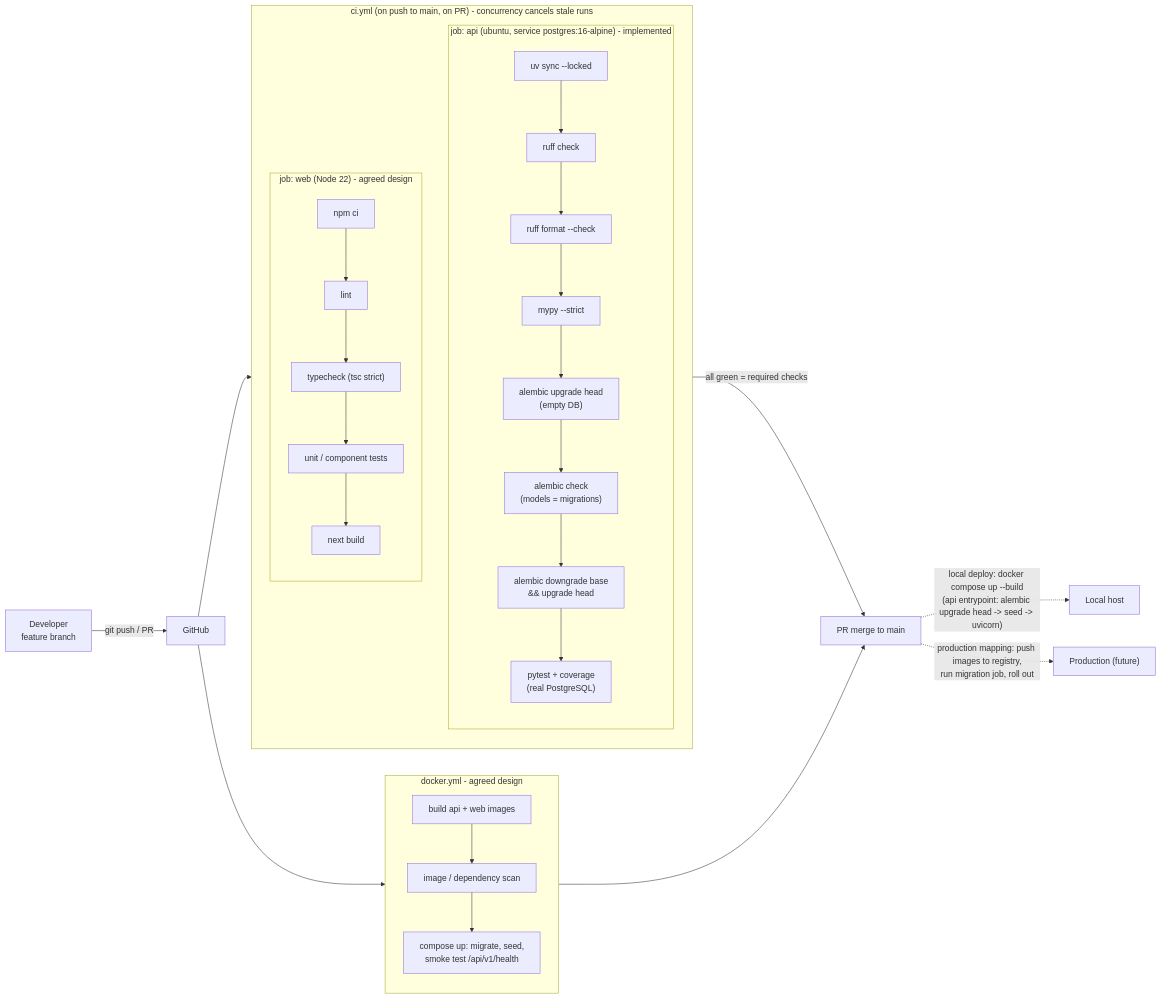
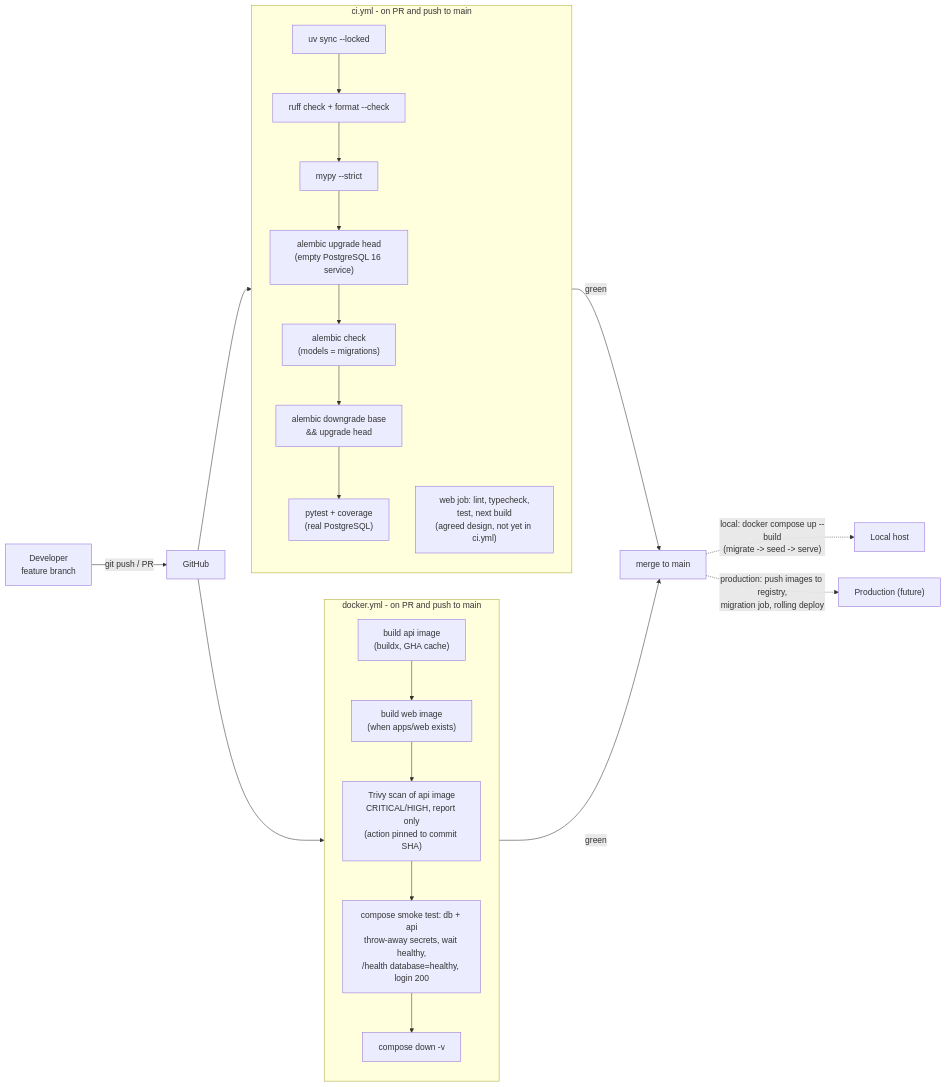
One commit to vijaytectra/finpilot changed the diagram in docs/architecture/diagrams/cicd.mmd. Above: the diagram before and after it, drawn with Mermaid. The commit also changed 9 other files, not shown here.

First line of the commit message:
docs(arch): update diagrams for the containerised stack and MALFORMED_ROW

```diff
--- a/docs/architecture/diagrams/cicd.mmd
+++ b/docs/architecture/diagrams/cicd.mmd
@@ -1,28 +1,23 @@
 flowchart LR
     dev["Developer<br/>feature branch"] -- "git push / PR" --> gh["GitHub"]
 
-    subgraph ci["ci.yml (on push to main, on PR) - concurrency cancels stale runs"]
+    subgraph ci["ci.yml - on PR and push to main"]
         direction TB
-        subgraph apijob["job: api (ubuntu, service postgres:16-alpine) - implemented"]
-            direction TB
-            a1["uv sync --locked"] --> a2["ruff check"] --> a3["ruff format --check"] --> a4["mypy --strict"]
-            a4 --> a5["alembic upgrade head<br/>(empty DB)"] --> a6["alembic check<br/>(models = migrations)"]
-            a6 --> a7["alembic downgrade base<br/>&& upgrade head"] --> a8["pytest + coverage<br/>(real PostgreSQL)"]
-        end
-        subgraph webjob["job: web (Node 22) - agreed design"]
-            direction TB
-            w1["npm ci"] --> w2["lint"] --> w3["typecheck (tsc strict)"] --> w4["unit / component tests"] --> w5["next build"]
-        end
+        a1["uv sync --locked"] --> a2["ruff check + format --check"] --> a4["mypy --strict"]
+        a4 --> a5["alembic upgrade head<br/>(empty PostgreSQL 16 service)"] --> a6["alembic check<br/>(models = migrations)"]
+        a6 --> a7["alembic downgrade base<br/>&& upgrade head"] --> a8["pytest + coverage<br/>(real PostgreSQL)"]
+        w1["web job: lint, typecheck,<br/>test, next build<br/>(agreed design, not yet in ci.yml)"]
     end
 
-    subgraph dk["docker.yml - agreed design"]
+    subgraph dk["docker.yml - on PR and push to main"]
         direction TB
-        d1["build api + web images"] --> d2["image / dependency scan"] --> d3["compose up: migrate, seed,<br/>smoke test /api/v1/health"]
+        d1["build api image<br/>(buildx, GHA cache)"] --> d2["build web image<br/>(when apps/web exists)"] --> d3["Trivy scan of api image<br/>CRITICAL/HIGH, report only<br/>(action pinned to commit SHA)"]
+        d3 --> d4["compose smoke test: db + api<br/>throw-away secrets, wait healthy,<br/>/health database=healthy, login 200"] --> d5["compose down -v"]
     end
 
     gh --> ci
     gh --> dk
-    ci -- "all green = required checks" --> merge["PR merge to main"]
-    dk --> merge
-    merge -. "local deploy: docker compose up --build<br/>(api entrypoint: alembic upgrade head -> seed -> uvicorn)" .-> local["Local host"]
-    merge -. "production mapping: push images to registry,<br/>run migration job, roll out" .-> prod["Production (future)"]
+    ci -- "green" --> merge["merge to main"]
+    dk -- "green" --> merge
+    merge -. "local: docker compose up --build<br/>(migrate -> seed -> serve)" .-> local["Local host"]
+    merge -. "production: push images to registry,<br/>migration job, rolling deploy" .-> prod["Production (future)"]
```
